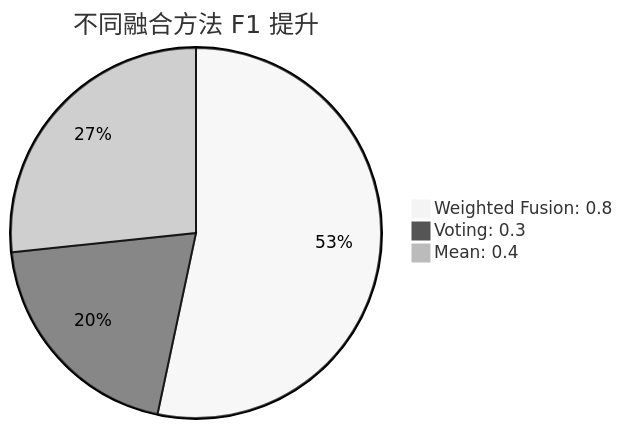
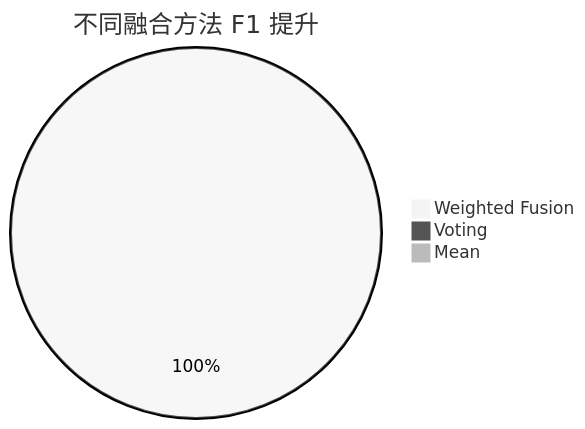
Diagram 12 of 12 in machine_learning/ensemble_learning/docs/基于Stacking和加权融合的多层集成学习方案.md (zsh003/maltack), drawn with Mermaid (neutral theme) before and after one commit. The commit also changed other lines of this file and 2 other files, not shown here.

````diff
--- a/machine_learning/ensemble_learning/docs/基于Stacking和加权融合的多层集成学习方案.md
+++ b/machine_learning/ensemble_learning/docs/基于Stacking和加权融合的多层集成学习方案.md
@@ -177,6 +174,6 @@
 ```mermaid
 pie title 不同融合方法 F1 提升
-  "Weighted Fusion: 0.8": 0.8
-  "Voting: 0.3": 0.3
-  "Mean: 0.4": 0.4
+  "Weighted Fusion": 0.8
+  "Voting": 0.0
+  "Mean": 0.0
 ```
````
